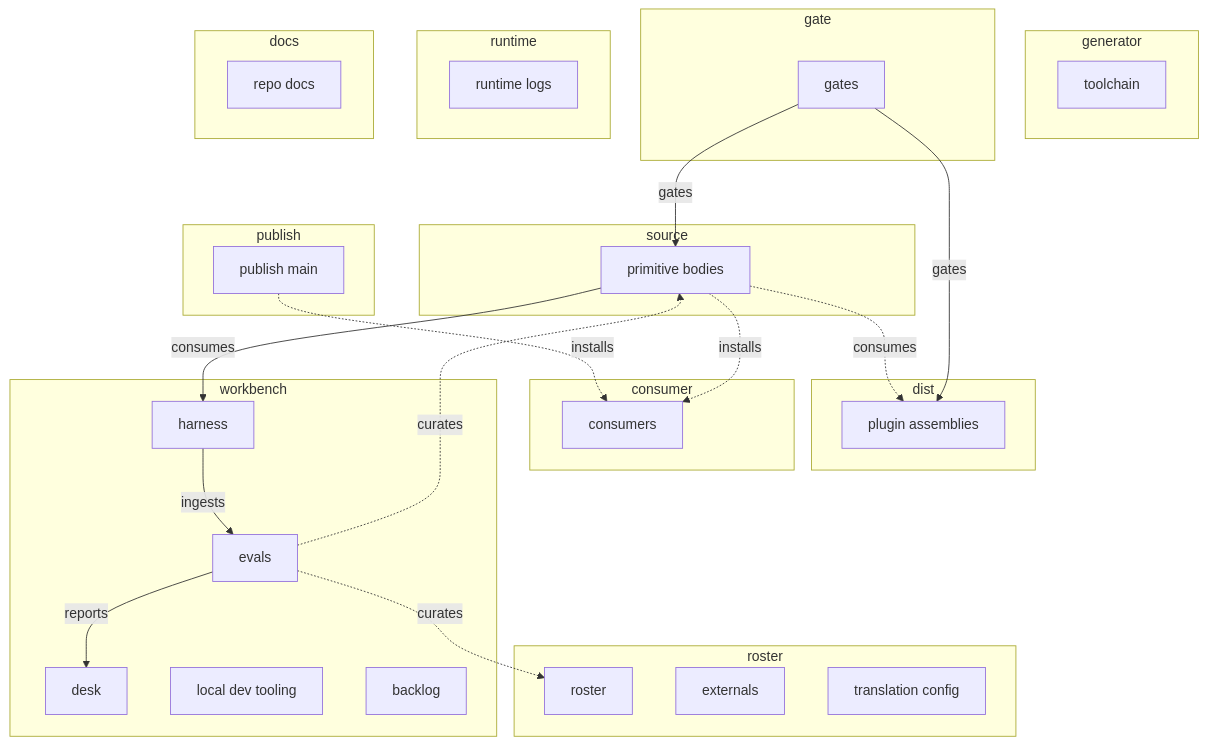
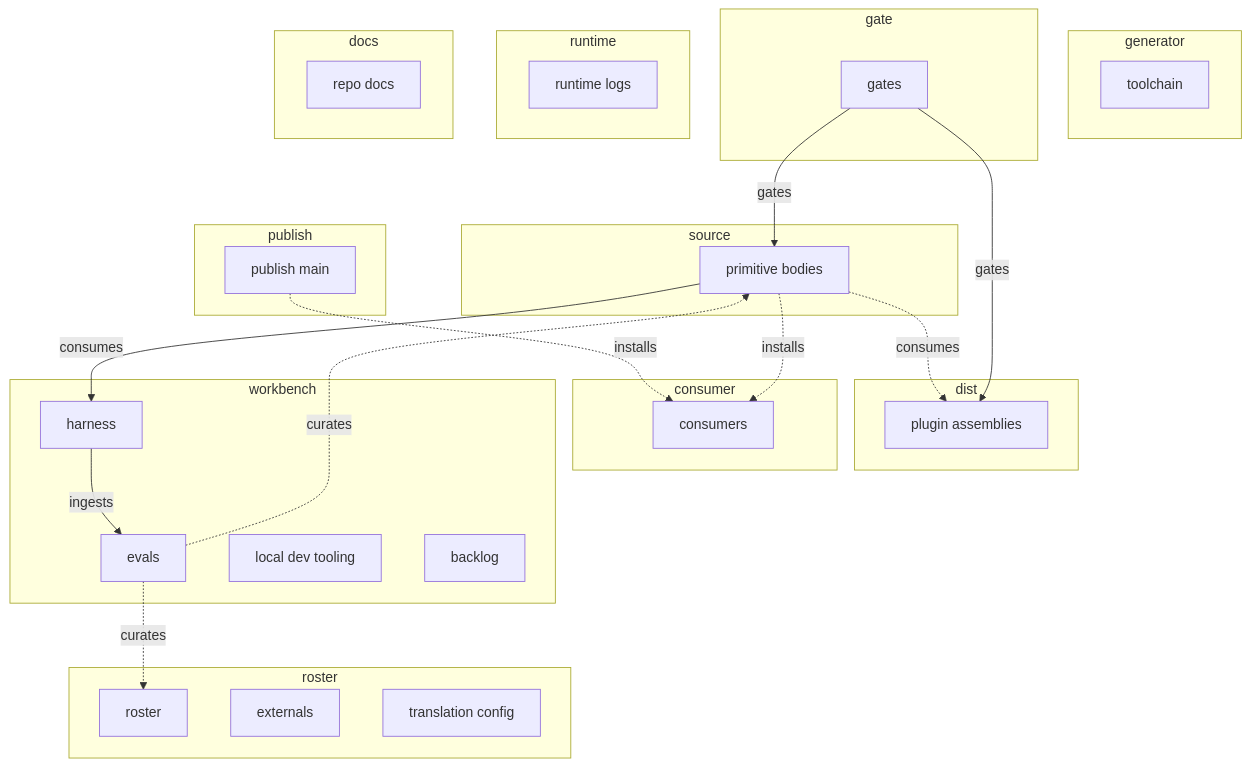
Before and after one commit to hsb3/dotfiles-agents: the diagram in backlog/docs/FLOW.md, drawn with Mermaid. The commit also changed other lines of this file and 242 other files, not shown here.

````diff
--- a/backlog/docs/FLOW.md
+++ b/backlog/docs/FLOW.md
@@ -30,50 +30,48 @@
 ```mermaid
 flowchart TD
   subgraph L_roster[roster]
     N_roster[roster]
     N_externals[externals]
     N_translation_config[translation config]
   end
   subgraph L_source[source]
     N_primitive_bodies[primitive bodies]
   end
   subgraph L_generator[generator]
     N_toolchain[toolchain]
   end
   subgraph L_gate[gate]
     N_gates[gates]
   end
   subgraph L_dist[dist]
     N_plugin_assemblies[plugin assemblies]
   end
   subgraph L_publish[publish]
     N_publish_main[publish main]
   end
   subgraph L_consumer[consumer]
     N_consumers[consumers]
   end
   subgraph L_workbench[workbench]
-    N_desk[desk]
     N_harness[harness]
     N_evals[evals]
     N_local_dev_tooling[local dev tooling]
     N_backlog[backlog]
   end
   subgraph L_runtime[runtime]
     N_runtime_logs[runtime logs]
   end
   subgraph L_docs[docs]
     N_repo_docs[repo docs]
   end
   N_gates -->|gates| N_primitive_bodies
   N_primitive_bodies -.->|consumes| N_plugin_assemblies
   N_gates -->|gates| N_plugin_assemblies
   N_primitive_bodies -->|consumes| N_harness
   N_harness -->|ingests| N_evals
-  N_evals -->|reports| N_desk
   N_publish_main -.->|installs| N_consumers
   N_primitive_bodies -.->|installs| N_consumers
   N_evals -.->|curates| N_roster
   N_evals -.->|curates| N_primitive_bodies
   classDef planned stroke-dasharray: 6 4
 ```
````
